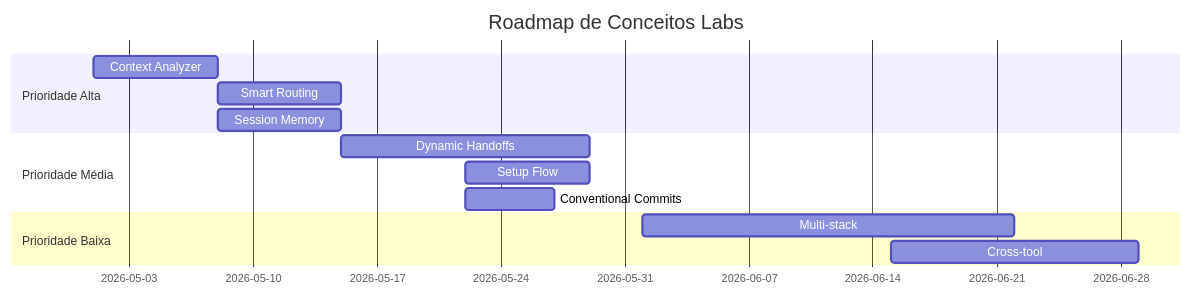
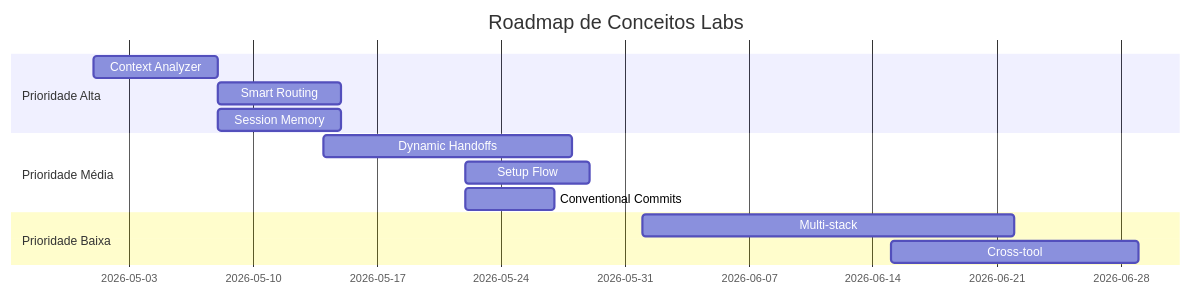
The diagram in docs/historico/README-old.md (JonathanBenicio/Agent-System), drawn with Mermaid before and after one commit. The commit also changed 77 other files, not shown here.

Commit message:
feat: implement intelligent agent orchestration, ML-based fast-path routing, and system-wide architectural documentation

````diff
--- a/docs/historico/README-old.md
+++ b/docs/historico/README-old.md
@@ -694,16 +694,16 @@
 ```mermaid
 gantt
     title Roadmap de Conceitos Labs
     dateFormat  YYYY-MM-DD
     section Prioridade Alta
     Context Analyzer    :2026-05-01, 7d
     Smart Routing      :2026-05-08, 7d
     Session Memory     :2026-05-08, 7d
     section Prioridade Média  
-    Dynamic Handoffs   :2026-05-15, 14d
+    Dynamic Handoffs   :2026-05-14, 14d
     Setup Flow         :2026-05-22, 7d
     Conventional Commits :2026-05-22, 5d
     section Prioridade Baixa
     Multi-stack        :2026-06-01, 21d
     Cross-tool         :2026-06-15, 14d
 ```
````
